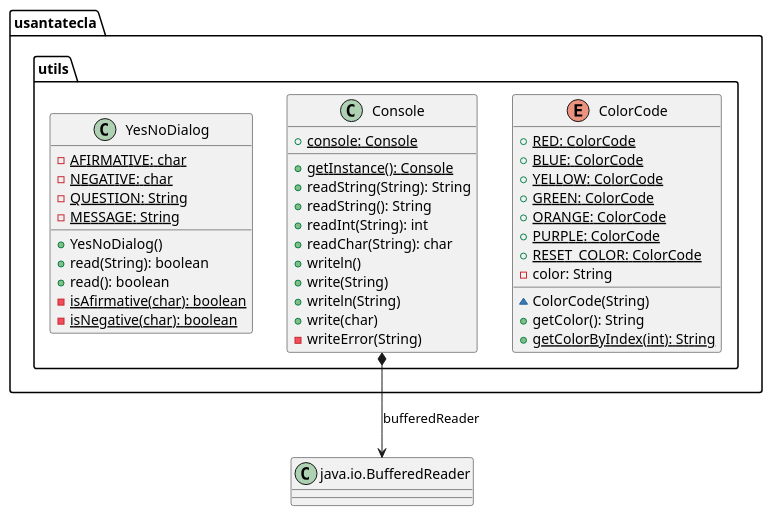
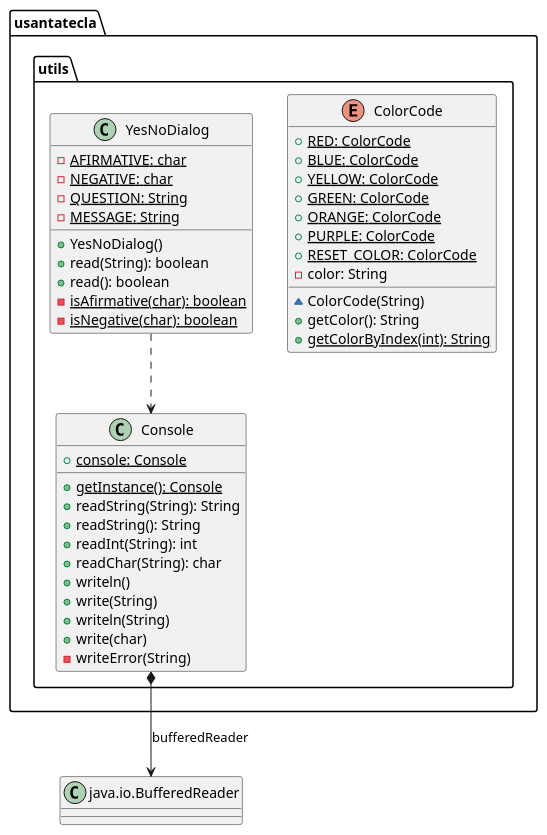
Before and after one commit to SantaTecla-mastermind/solution.java.swing.socket.sql: the second of 2 diagrams in domainModel/docs/diagrams/src/paquetes.plantuml, drawn with PlantUML. The commit also changed 2 other files, not shown here.

Commit message:
DomainModel diagrams completely finished

```diff
--- a/domainModel/docs/diagrams/src/paquetes.plantuml
+++ b/domainModel/docs/diagrams/src/paquetes.plantuml
@@ -148,49 +148,49 @@
 @startuml usantatecla.utils
 
 enum  usantatecla.utils.ColorCode{
 + {static} RED: ColorCode
 + {static} BLUE: ColorCode
 + {static} YELLOW: ColorCode
 + {static} GREEN: ColorCode
 + {static} ORANGE: ColorCode
 + {static} PURPLE: ColorCode
 + {static} RESET_COLOR: ColorCode
 - color: String
 ~ ColorCode(String)
 + getColor(): String
 + {static} getColorByIndex(int): String
 }
 
 class  usantatecla.utils.Console{
 + {static} console: Console
 + {static} getInstance(): Console
 + readString(String): String
 + readString(): String
 + readInt(String): int
 + readChar(String): char
 + writeln()
 + write(String)
 + writeln(String)
 + write(char)
 - writeError(String)
 }
 
 class BufferedReader as "java.io.BufferedReader"
 
 usantatecla.utils.Console *-down-> BufferedReader : bufferedReader
 
 
 
 class  usantatecla.utils.YesNoDialog{
 - {static} AFIRMATIVE: char
 - {static} NEGATIVE: char
 - {static} QUESTION: String
 - {static} MESSAGE: String
 + YesNoDialog()
 + read(String): boolean
 + read(): boolean
 - {static} isAfirmative(char): boolean
 - {static} isNegative(char): boolean
 }
-
+usantatecla.utils.YesNoDialog .down.> usantatecla.utils.Console
 @enduml
```
